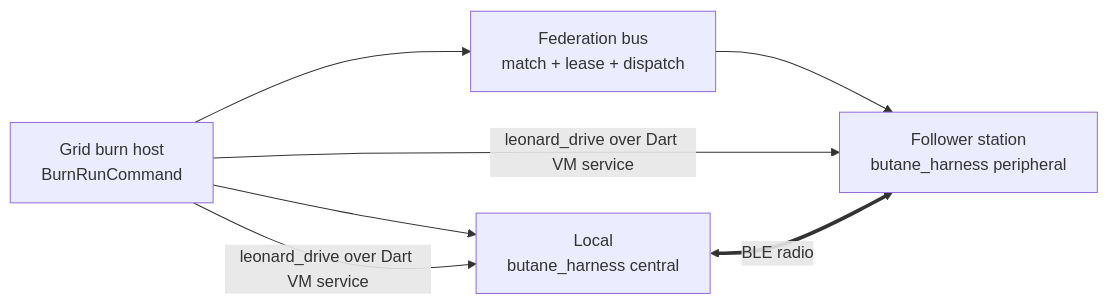
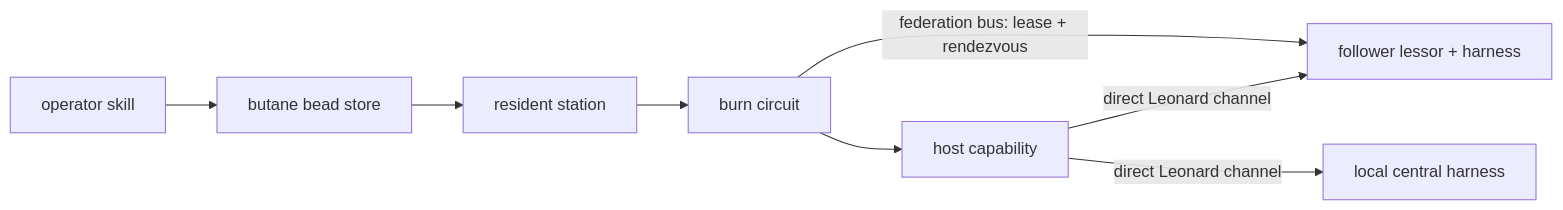
Before and after one commit to nicholasspencer/butane_flutter: the diagram in docs/burn-workflow.md, drawn with Mermaid. The commit also changed other lines of this file and 16 other files, not shown here.

First line of the commit message:
feat(burn): port butane_grid_assets to resident circuits + vend the burn skill overlay (butane_flutter-t9y) (#46)

````diff
--- a/docs/burn-workflow.md
+++ b/docs/burn-workflow.md
@@ -7,12 +7,10 @@
 ```mermaid
 flowchart LR
-    host["Grid burn host\nBurnRunCommand"]
-    bus["Federation bus\nmatch + lease + dispatch"]
-    follower["Follower station\nbutane_harness peripheral"]
-    local["Local\nbutane_harness central"]
-    host --> bus --> follower
-    host --> local
-    host -->|"leonard_drive over Dart VM service"| follower
-    host -->|"leonard_drive over Dart VM service"| local
-    local <==>|"BLE radio"| follower
+  operator["operator skill"] --> store["butane bead store"]
+  store --> station["resident station"]
+  station --> circuit["burn circuit"]
+  circuit -->|federation bus: lease + rendezvous| follower["follower lessor + harness"]
+  circuit --> host["host capability"]
+  host -->|direct Leonard channel| follower
+  host -->|direct Leonard channel| local["local central harness"]
 ```
````
